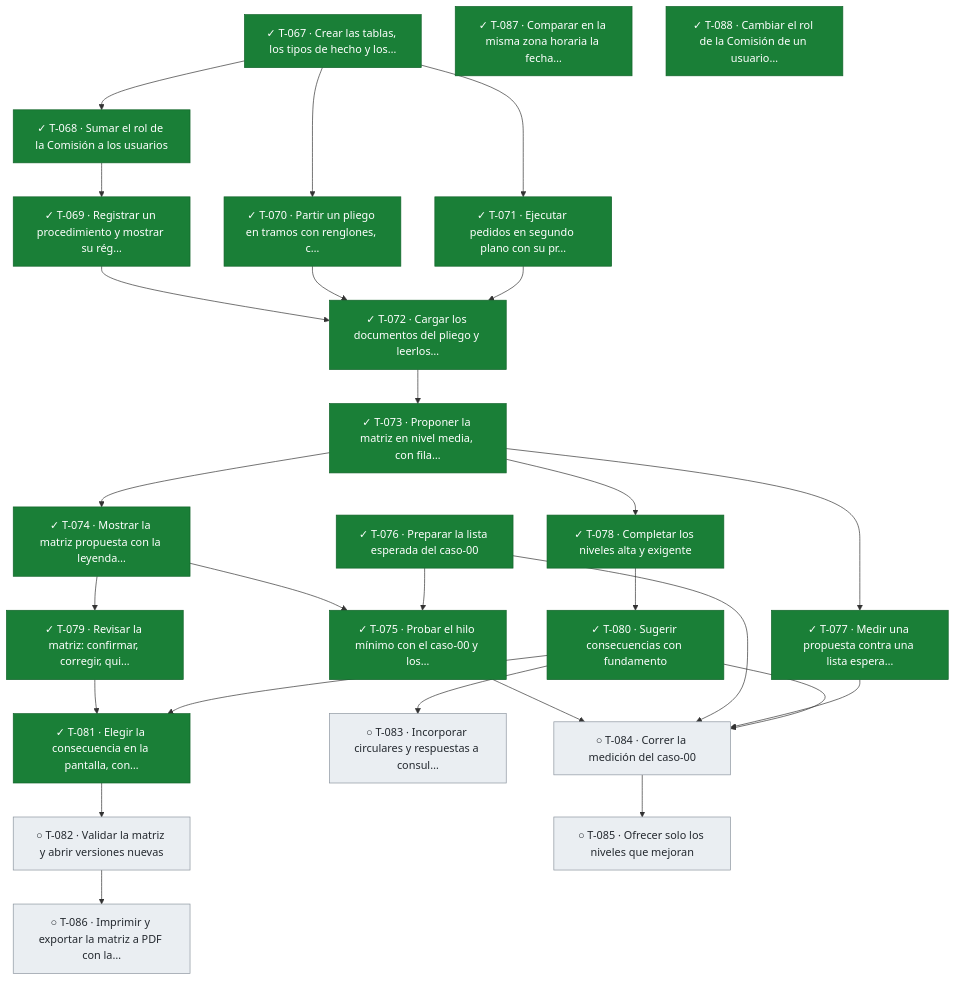
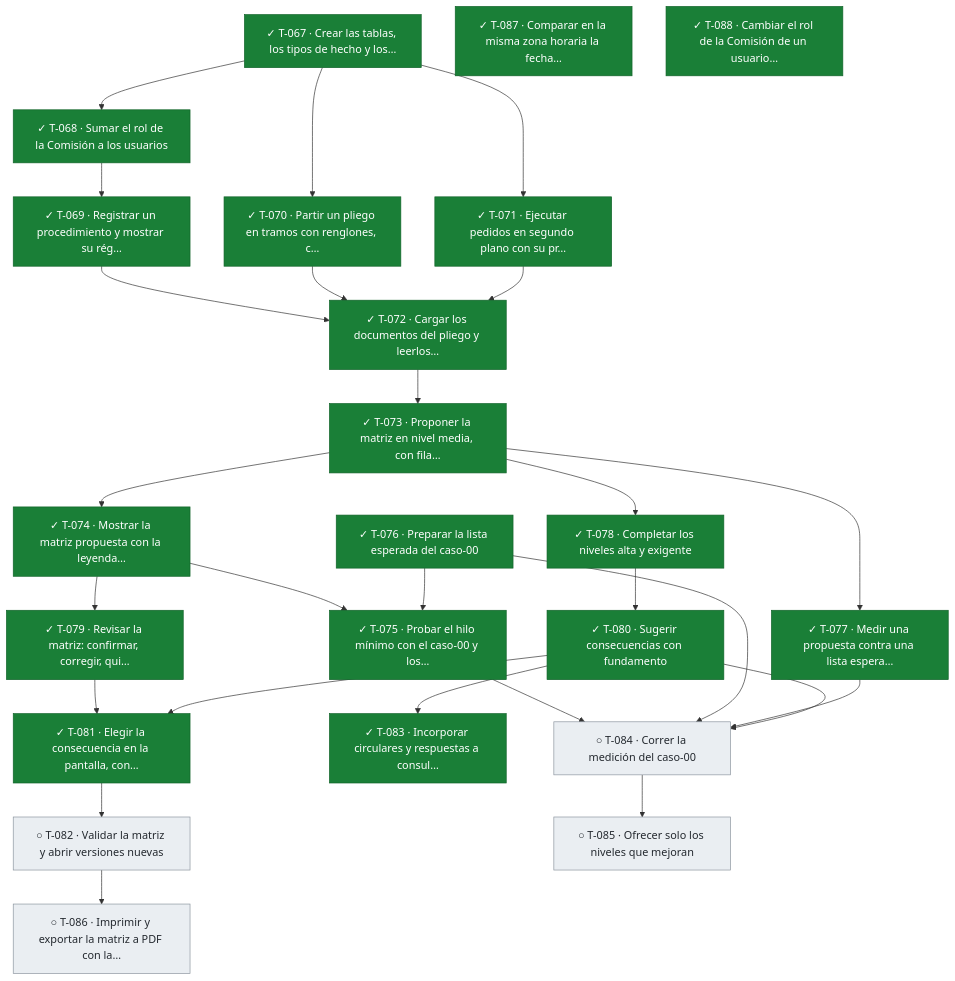
The fifth of 5 diagrams in docs/tablero.md (snavello/EVALUON), drawn with Mermaid before and after one commit. The commit also changed other lines of this file and 1 other file, not shown here.

````diff
--- a/docs/tablero.md
+++ b/docs/tablero.md
@@ -401,55 +401,55 @@
 ```mermaid
 flowchart TD
   T067["✓ T-067 · Crear las tablas, los tipos de hecho y los…"]:::done
   T068["✓ T-068 · Sumar el rol de la Comisión a los usuarios"]:::done
   T069["✓ T-069 · Registrar un procedimiento y mostrar su rég…"]:::done
   T070["✓ T-070 · Partir un pliego en tramos con renglones, c…"]:::done
   T071["✓ T-071 · Ejecutar pedidos en segundo plano con su pr…"]:::done
   T072["✓ T-072 · Cargar los documentos del pliego y leerlos…"]:::done
   T073["✓ T-073 · Proponer la matriz en nivel media, con fila…"]:::done
   T074["✓ T-074 · Mostrar la matriz propuesta con la leyenda…"]:::done
   T075["✓ T-075 · Probar el hilo mínimo con el caso-00 y los…"]:::done
   T076["✓ T-076 · Preparar la lista esperada del caso-00"]:::done
   T077["✓ T-077 · Medir una propuesta contra una lista espera…"]:::done
   T078["✓ T-078 · Completar los niveles alta y exigente"]:::done
   T079["✓ T-079 · Revisar la matriz: confirmar, corregir, qui…"]:::done
   T080["✓ T-080 · Sugerir consecuencias con fundamento"]:::done
   T081["✓ T-081 · Elegir la consecuencia en la pantalla, con…"]:::done
   T082["○ T-082 · Validar la matriz y abrir versiones nuevas"]:::todo
-  T083["○ T-083 · Incorporar circulares y respuestas a consul…"]:::todo
+  T083["✓ T-083 · Incorporar circulares y respuestas a consul…"]:::done
   T084["○ T-084 · Correr la medición del caso-00"]:::todo
   T085["○ T-085 · Ofrecer solo los niveles que mejoran"]:::todo
   T086["○ T-086 · Imprimir y exportar la matriz a PDF con la…"]:::todo
   T087["✓ T-087 · Comparar en la misma zona horaria la fecha…"]:::done
   T088["✓ T-088 · Cambiar el rol de la Comisión de un usuario…"]:::done
   T067 --> T068
   T068 --> T069
   T067 --> T070
   T067 --> T071
   T069 --> T072
   T070 --> T072
   T071 --> T072
   T072 --> T073
   T073 --> T074
   T074 --> T075
   T076 --> T075
   T073 --> T077
   T073 --> T078
   T074 --> T079
   T078 --> T080
   T079 --> T081
   T080 --> T081
   T081 --> T082
   T080 --> T083
   T075 --> T084
   T076 --> T084
   T077 --> T084
   T080 --> T084
   T084 --> T085
   T082 --> T086
   classDef done fill:#1a7f37,stroke:#116329,color:#ffffff
   classDef review fill:#0969da,stroke:#0550ae,color:#ffffff
   classDef active fill:#bf8700,stroke:#7d4e00,color:#ffffff
   classDef blocked fill:#cf222e,stroke:#a40e26,color:#ffffff
   classDef todo fill:#eaeef2,stroke:#8c959f,color:#24292f
 ```
````
